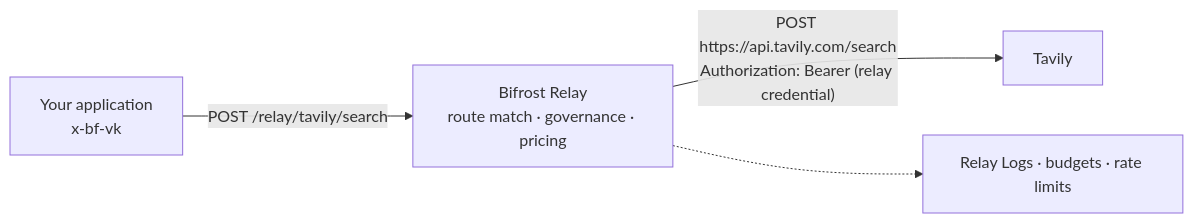
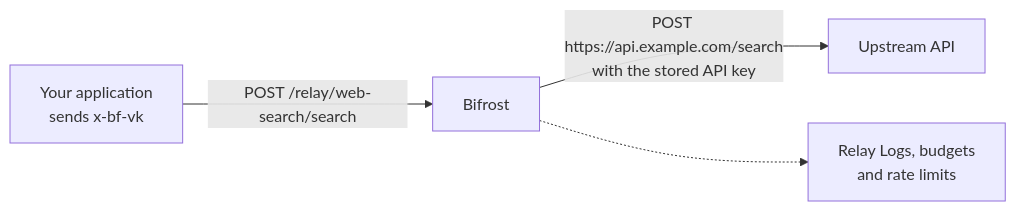
The diagram in docs/relays/overview.mdx (maximhq/bifrost), drawn with Mermaid before and after one commit. The commit also changed other lines of this file and 39 other files, not shown here.

````diff
--- a/docs/relays/overview.mdx
+++ b/docs/relays/overview.mdx
@@ -12,6 +20,6 @@
 ```mermaid
 flowchart LR
-    App["Your application<br/>x-bf-vk"] -->|"POST /relay/tavily/search"| Bifrost["Bifrost Relay<br/>route match · governance · pricing"]
-    Bifrost -->|"POST https://api.tavily.com/search<br/>Authorization: Bearer (relay credential)"| Upstream["Tavily"]
-    Bifrost -.-> Logs["Relay Logs · budgets · rate limits"]
+    App["Your application<br/>sends x-bf-vk"] -->|"POST /relay/web-search/search"| Bifrost["Bifrost"]
+    Bifrost -->|"POST https://api.example.com/search<br/>with the stored API key"| API["Upstream API"]
+    Bifrost -.-> Log["Relay Logs, budgets<br/>and rate limits"]
 ```
````
